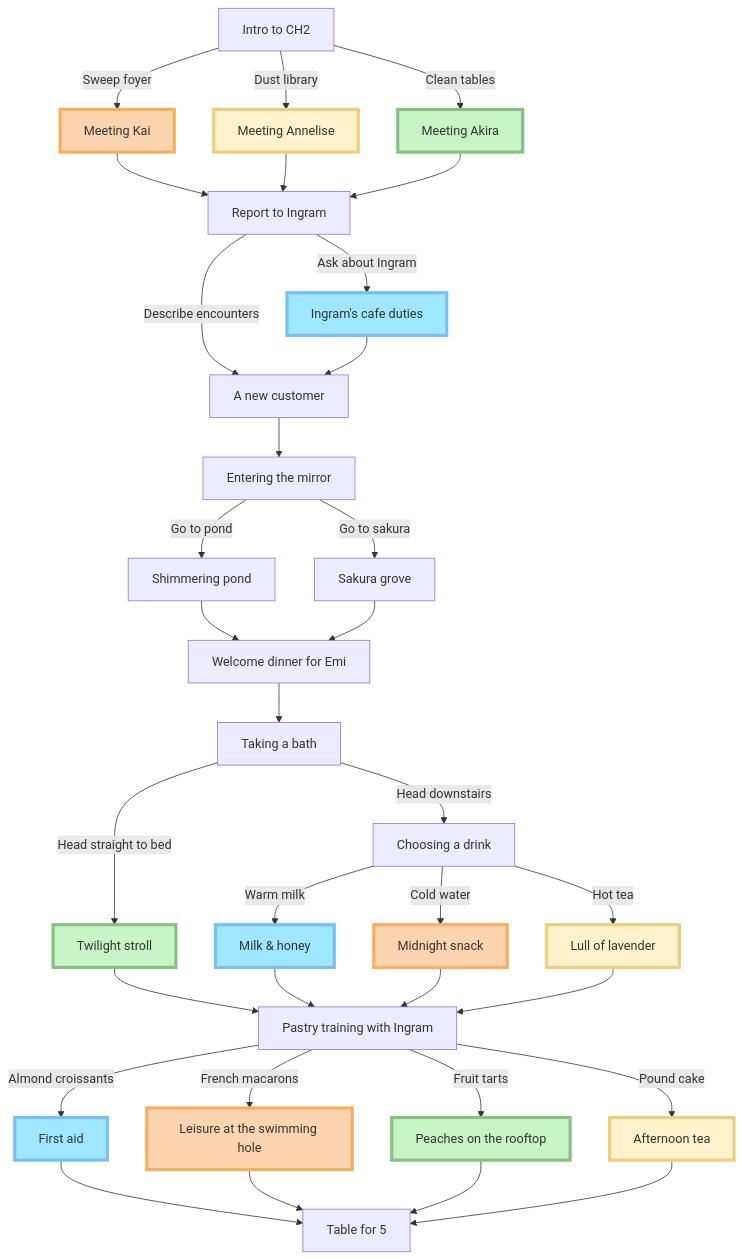
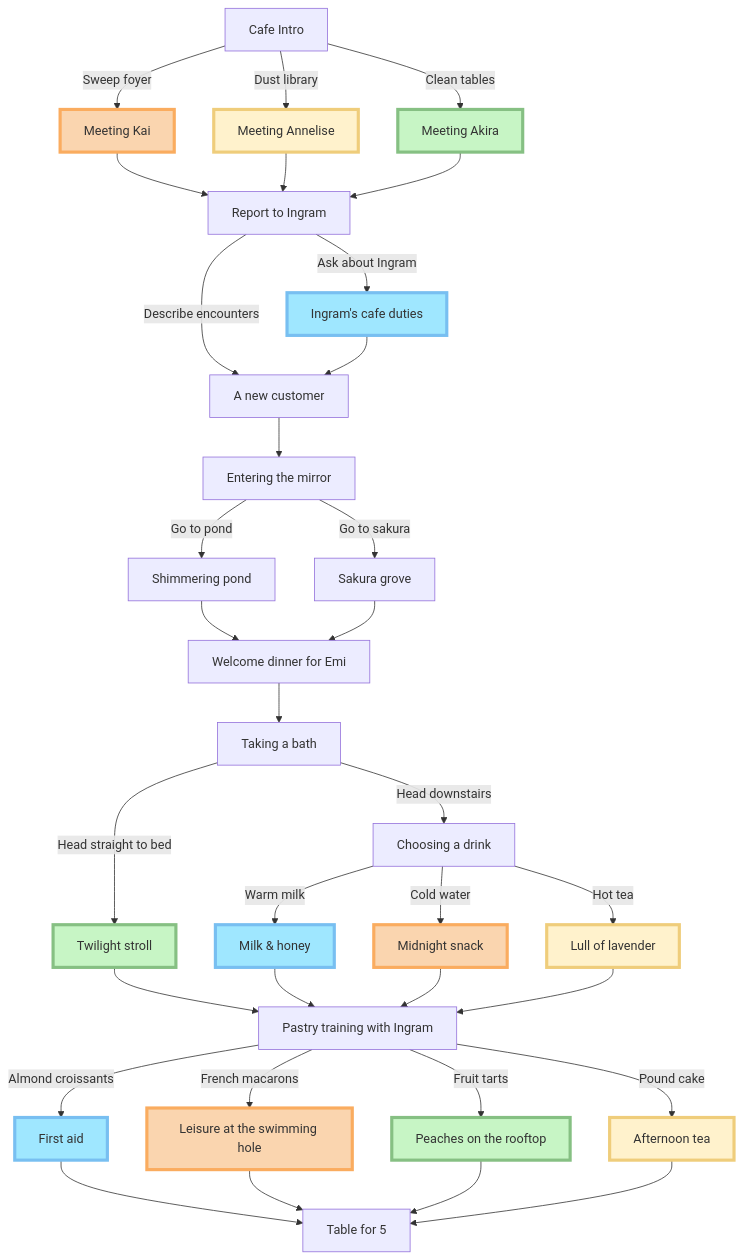
The diagram in script/Nobaros Cafe/Chapter 2/Chapter 2 Master.md (milkysan92/nobaros-cafe), drawn with Mermaid before and after one commit. The commit also changed 22 other files, not shown here.

````diff
--- a/script/Nobaros Cafe/Chapter 2/Chapter 2 Master.md
+++ b/script/Nobaros Cafe/Chapter 2/Chapter 2 Master.md
@@ -2,81 +2,81 @@
 ```mermaid
 graph TD
 
 %% Define aliases
-CH2[Intro to CH2]
+CH2[Cafe Intro]
 meet-kai[Meeting Kai]
 meet-annelise[Meeting Annelise]
 meet-akira[Meeting Akira]
 report-ingram[Report to Ingram]
 ingram-job[Ingram's cafe duties]
 customer2[A new customer]
 mirror2[Entering the mirror]
 pond[Shimmering pond]
 sakura[Sakura grove]
 celebrate-dinner[Welcome dinner for Emi]
 bathtime[Taking a bath]
 choose-drink[Choosing a drink]
 night-ingram[Milk & honey]
 night-annelise[Lull of lavender]
 night-kai[Midnight snack]
 night-akira[Twilight stroll]
 masterchef[Pastry training with Ingram]
 sweets-ingram[First aid]
 sweets-kai[Leisure at the swimming hole]
 sweets-akira[Peaches on the rooftop]
 sweets-annelise[Afternoon tea]
 group-dinner[Table for 5]
 
 %% Define node formatting for routes
 classDef ingram-route fill:#9fe7ff,stroke:#78bff1,stroke-width:4px
 classDef kai-route fill:#fad5af,stroke:#faac5f,stroke-width:4px
 classDef akira-route fill:#c7f5c5,stroke:#86c083,stroke-width:4px
 classDef annelise-route fill:#fff2cc,stroke:#efcd7b,stroke-width:4px
 
 %% Establish node connections
 CH2--Sweep foyer-->meet-kai-->report-ingram
 CH2--Dust library-->meet-annelise-->report-ingram
 CH2--Clean tables-->meet-akira-->report-ingram
 report-ingram--Describe encounters-->customer2
 report-ingram--Ask about Ingram-->ingram-job-->customer2
 customer2-->mirror2--Go to pond-->pond
 mirror2--Go to sakura--> sakura
 sakura & pond-->celebrate-dinner
 celebrate-dinner-->bathtime
 bathtime--Head straight to bed-->night-akira
 bathtime--Head downstairs-->choose-drink
 choose-drink--Warm milk-->night-ingram
 choose-drink--Cold water-->night-kai
 choose-drink--Hot tea-->night-annelise
 night-ingram & night-kai & night-akira & night-annelise-->masterchef
 masterchef--Almond croissants-->sweets-ingram
 masterchef--French macarons-->sweets-kai
 masterchef--Fruit tarts-->sweets-akira
 masterchef--Pound cake-->sweets-annelise
 sweets-ingram & sweets-kai & sweets-akira & sweets-annelise-->group-dinner
 
 %% Format the routes & link to script files accordingly
 %%---------------------------------------------------------------------------
 %% General storyline
 class CH2,report-ingram,customer2,mirror2,pond,sakura,celebrate-dinner,bathtime,choose-drink,masterchef,group-dinner internal-link
 
 %% Spiritguiding
 class mirror2,pond,sakura internal-link
 
 %% Ingram route
 class ingram-job,night-ingram,sweets-ingram ingram-route
 class ingram-job,night-ingram,sweets-ingram internal-link
 
 %% Kai route
 class meet-kai,night-kai,sweets-kai kai-route
 class meet-kai,night-kai,sweets-kai internal-link
 
 %% Annelise route
 class meet-annelise,night-annelise,sweets-annelise annelise-route
 class meet-annelise,night-annelise,sweets-annelise internal-link
 
 %% Akira route
 class meet-akira,night-akira,sweets-akira akira-route
 class meet-akira,night-akira,sweets-akira internal-link
 
 ```
````
